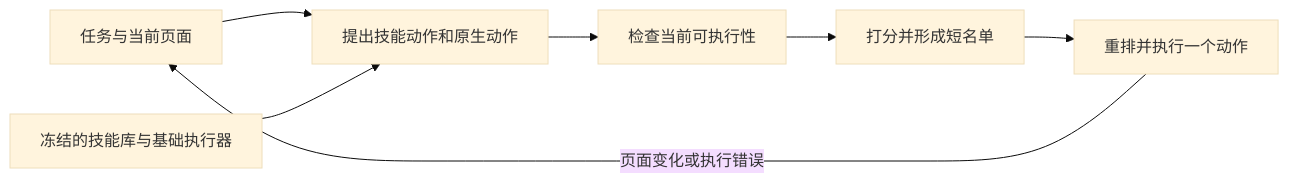
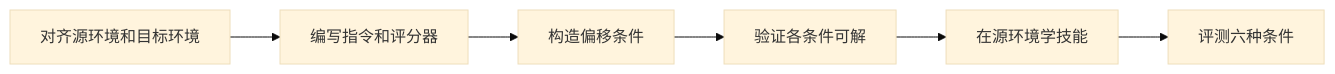
Before and after one commit to fan-tian-xing/Ontology: the diagram in agent经验/Benchmark生成与经验评测/SkillShift-Bench.md, drawn with Mermaid (base theme). The commit also changed other lines of this file and 3 other files, not shown here.

````diff
--- a/agent经验/Benchmark生成与经验评测/SkillShift-Bench.md
+++ b/agent经验/Benchmark生成与经验评测/SkillShift-Bench.md
@@ -61,9 +21,8 @@
 ```mermaid
 flowchart LR
-    A[任务与当前页面] --> C[提出技能动作和原生动作]
-    B[冻结的技能库与基础执行器] --> C
-    C --> D[检查当前可执行性]
-    D --> E[打分并形成短名单]
-    E --> F[重排并执行一个动作]
-    F -->|页面变化或执行错误| A
+    A[对齐源环境和目标环境] --> B[编写指令和评分器]
+    B --> C[构造偏移条件]
+    C --> D[验证各条件可解]
+    D --> E[在源环境学技能]
+    E --> F[评测六种条件]
 ```
````
